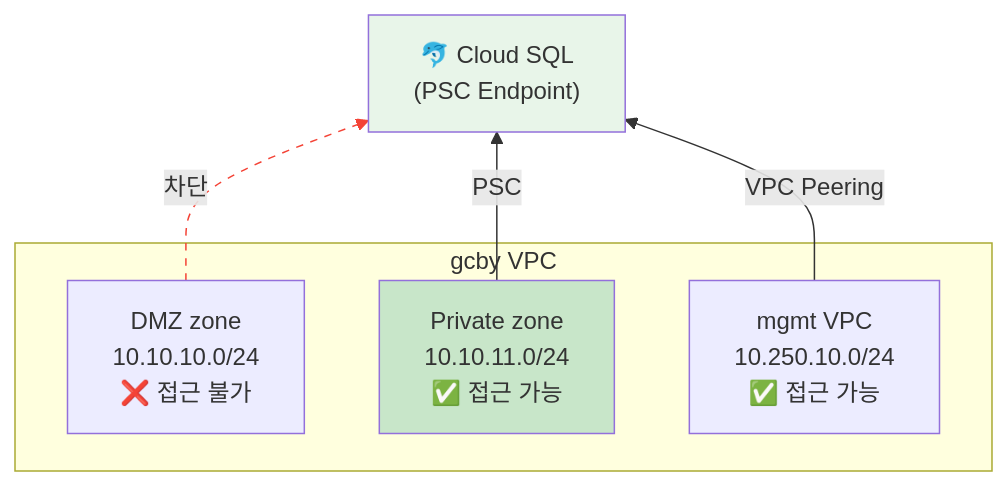
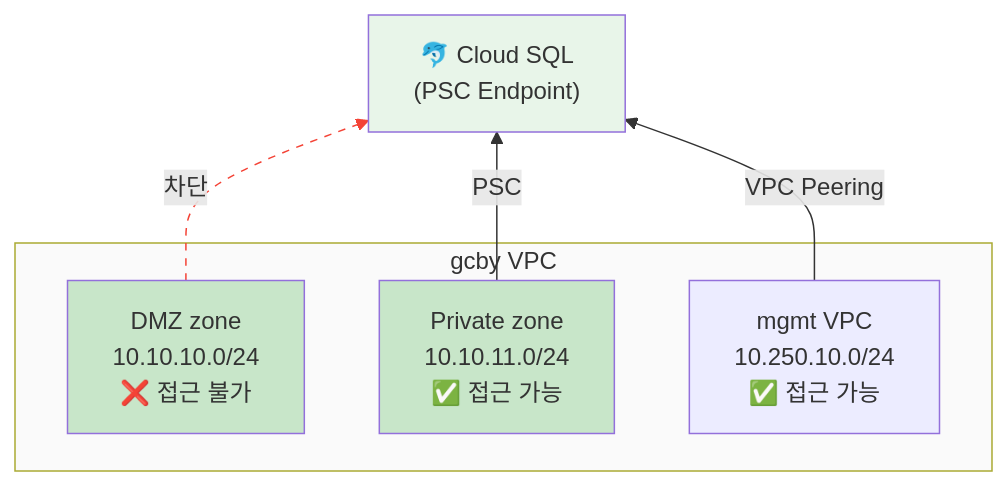
The sixth of 9 diagrams in terraform_gcp_infra/docs/architecture/network-design.md (JSJ2337/GCP_terraform_code), drawn with Mermaid before and after one commit. The commit also changed other lines of this file and 4 other files, not shown here.

First line of the commit message:
fix: Mermaid style 라인 분리로 텍스트 겹침 문제 해결

````diff
--- a/terraform_gcp_infra/docs/architecture/network-design.md
+++ b/terraform_gcp_infra/docs/architecture/network-design.md
@@ -600,21 +615,22 @@
 ```mermaid
 %%{init: {'theme': 'default'}}%%
 flowchart BT
     SQL_AFTER["🐬 Cloud SQL<br/>(PSC Endpoint)"]
 
     subgraph VPC_AFTER["gcby VPC"]
         DMZ_A["DMZ zone<br/>10.10.10.0/24<br/>❌ 접근 불가"]
         PRIV_A["Private zone<br/>10.10.11.0/24<br/>✅ 접근 가능"]
         MGMT_A["mgmt VPC<br/>10.250.10.0/24<br/>✅ 접근 가능"]
     end
 
     DMZ_A -.->|차단| SQL_AFTER
     PRIV_A -->|PSC| SQL_AFTER
     MGMT_A -->|VPC Peering| SQL_AFTER
 
-    style VPC_AFTER fill:#fafafa    style DMZ_A fill:#c8e6c9
+    style VPC_AFTER fill:#fafafa
+    style DMZ_A fill:#c8e6c9
     style PRIV_A fill:#c8e6c9
     style SQL_AFTER fill:#e8f5e9
 
     linkStyle 0 stroke:#f44336,stroke-dasharray:5
 ```
````
